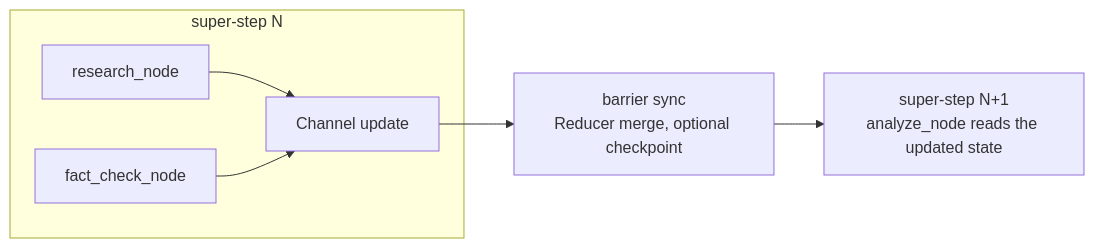
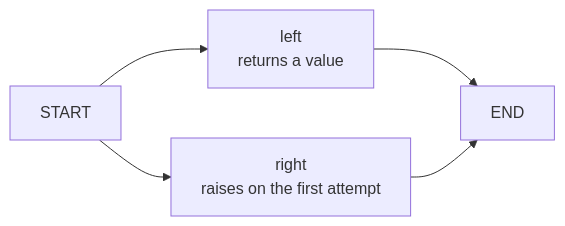
One commit to kukjun/blog changed the diagram in src/content/blog/en/langgraph-pregel.md. Above: the diagram before and after it, drawn with Mermaid. The commit also changed other lines of this file and 31 other files, not shown here.

````diff
--- a/src/content/blog/en/langgraph-pregel.md
+++ b/src/content/blog/en/langgraph-pregel.md
@@ -145,9 +32,7 @@
 ```mermaid
 flowchart LR
-  subgraph s1["super-step N"]
-    A1["research_node"] --> CH["Channel update"]
-    B1["fact_check_node"] --> CH
-  end
-  CH --> BAR["barrier sync<br/>Reducer merge, optional checkpoint"]
-  BAR --> s2["super-step N+1<br/>analyze_node reads the updated state"]
+  S[START] --> L["left<br/>returns a value"]
+  S --> R["right<br/>raises on the first attempt"]
+  L --> E[END]
+  R --> E
 ```
````
